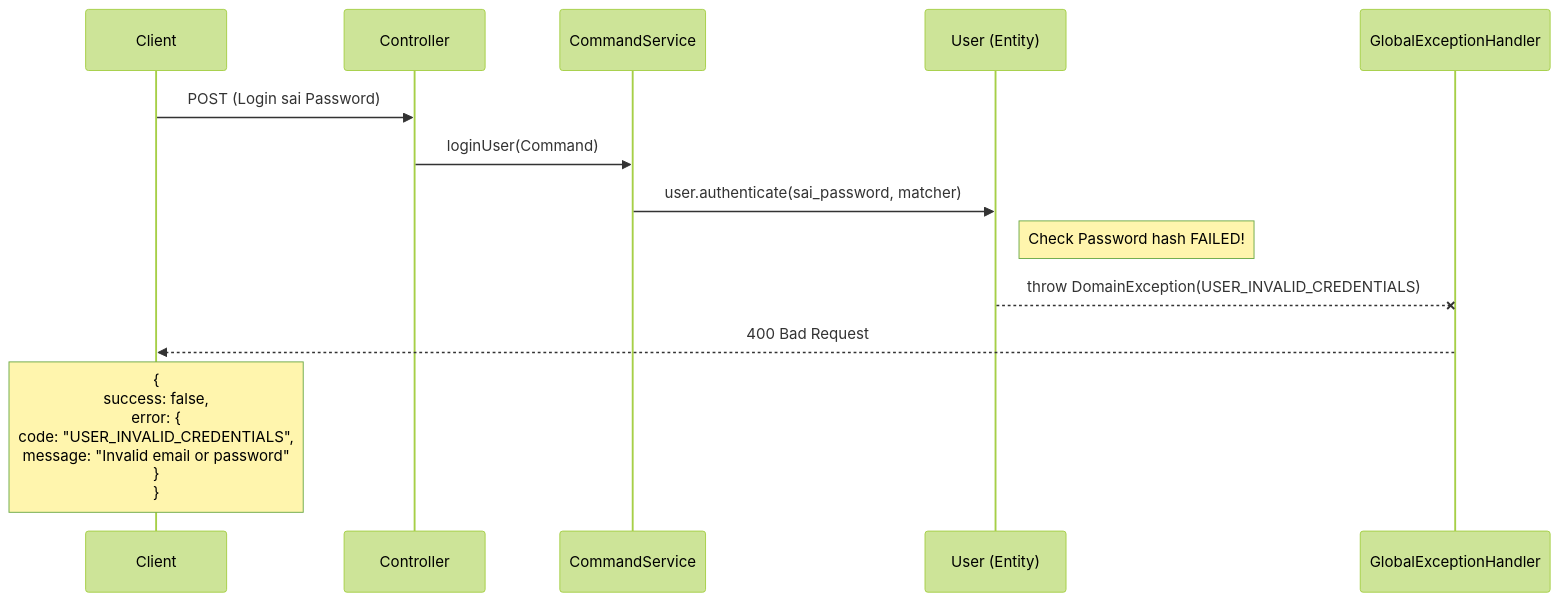
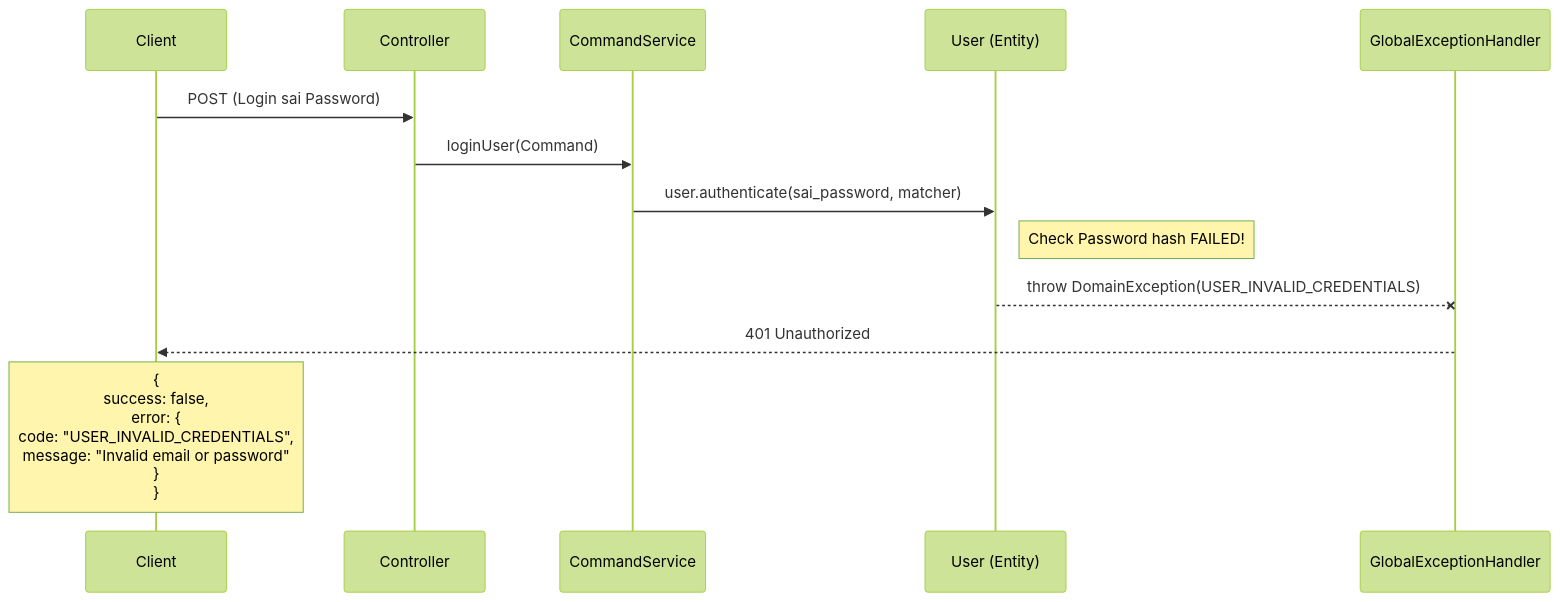
Before and after one commit to BuhDuy256/WalkMate: the fourth of 5 diagrams in docs/single-source-of-truth/architecture/Backend_Flow_VI.md, drawn with Mermaid (forest theme). The commit also changed other lines of this file and 10 other files, not shown here.

````diff
--- a/docs/single-source-of-truth/architecture/Backend_Flow_VI.md
+++ b/docs/single-source-of-truth/architecture/Backend_Flow_VI.md
@@ -95,18 +95,18 @@
 ```mermaid
 sequenceDiagram
     participant Client
     participant Controller
     participant CommandService
     participant DomainEntity as User (Entity)
     participant GI as GlobalExceptionHandler
 
     Client->>Controller: POST (Login sai Password)
     Controller->>CommandService: loginUser(Command)
     CommandService->>DomainEntity: user.authenticate(sai_password, matcher)
     
     Note right of DomainEntity: Check Password hash FAILED!
     DomainEntity--xGI: throw DomainException(USER_INVALID_CREDENTIALS)
     
-    GI-->>Client: 400 Bad Request
+    GI-->>Client: 401 Unauthorized
     Note over Client: {<br/>  success: false,<br/>  error: { <br/>    code: "USER_INVALID_CREDENTIALS", <br/>    message: "Invalid email or password"<br/>  }<br/>}
 ```
````
